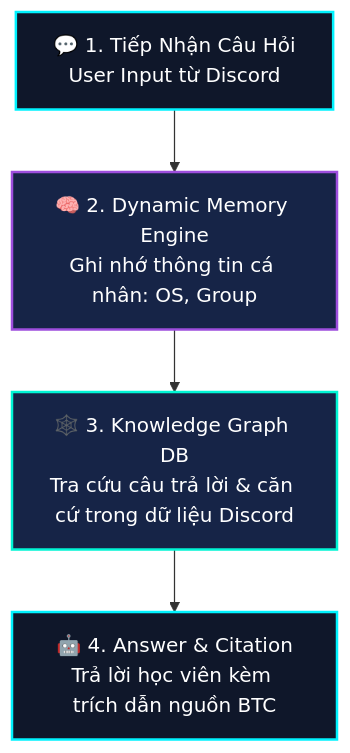
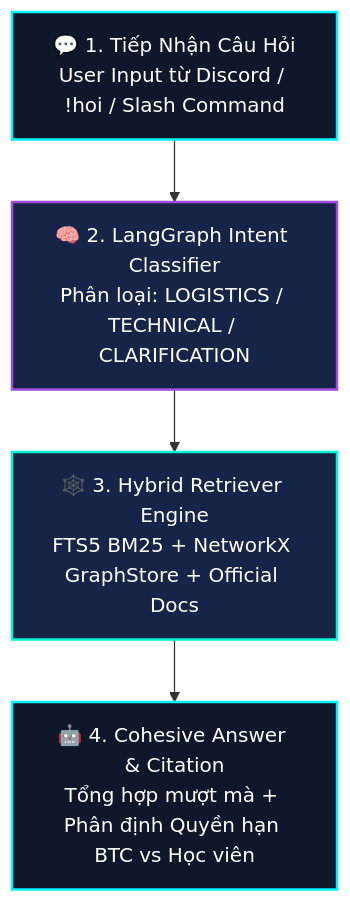
Before and after one commit to Muscar1a/Batch03-K4-AI-Product-Hackathon: the first of 4 diagrams in docs/diagrams.md, drawn with Mermaid. The commit also changed other lines of this file, not shown here.

Commit message:
docs: update system diagrams in docs/diagrams.md to match current LangGraph StateGraph, Atomic Ingestion, and Hybrid FTS5 architecture

````diff
--- a/docs/diagrams.md
+++ b/docs/diagrams.md
@@ -5,10 +5,10 @@
 ```mermaid
 graph TD
     classDef stepStyle fill:#0f172a,stroke:#00f2fe,stroke-width:2px,color:#fff;
     classDef memStyle fill:#162447,stroke:#9d4edd,stroke-width:2px,color:#fff;
     classDef dbStyle fill:#162447,stroke:#00f5d4,stroke-width:2px,color:#fff;
 
-    A[💬 1. Tiếp Nhận Câu Hỏi<br/>User Input từ Discord]:::stepStyle --> B[🧠 2. Dynamic Memory Engine<br/>Ghi nhớ thông tin cá nhân: OS, Group]:::memStyle
-    B --> C[🕸️ 3. Knowledge Graph DB<br/>Tra cứu câu trả lời & căn cứ trong dữ liệu Discord]:::dbStyle
-    C --> D[🤖 4. Answer & Citation<br/>Trả lời học viên kèm trích dẫn nguồn BTC]:::stepStyle
+    A[💬 1. Tiếp Nhận Câu Hỏi<br/>User Input từ Discord / !hoi / Slash Command]:::stepStyle --> B[🧠 2. LangGraph Intent Classifier<br/>Phân loại: LOGISTICS / TECHNICAL / CLARIFICATION]:::memStyle
+    B --> C[🕸️ 3. Hybrid Retriever Engine<br/>FTS5 BM25 + NetworkX GraphStore + Official Docs]:::dbStyle
+    C --> D[🤖 4. Cohesive Answer & Citation<br/>Tổng hợp mượt mà + Phân định Quyền hạn BTC vs Học viên]:::stepStyle
 ```
````
